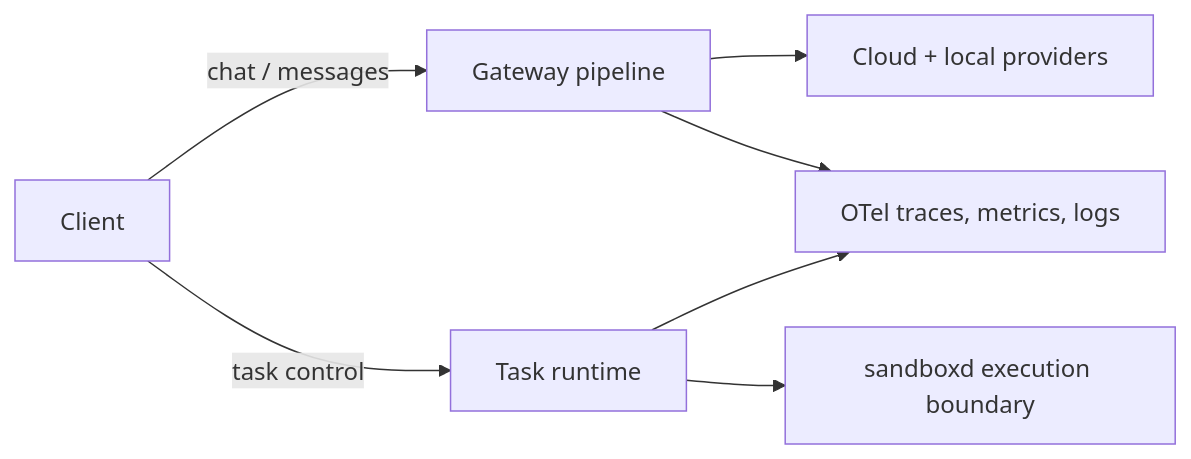
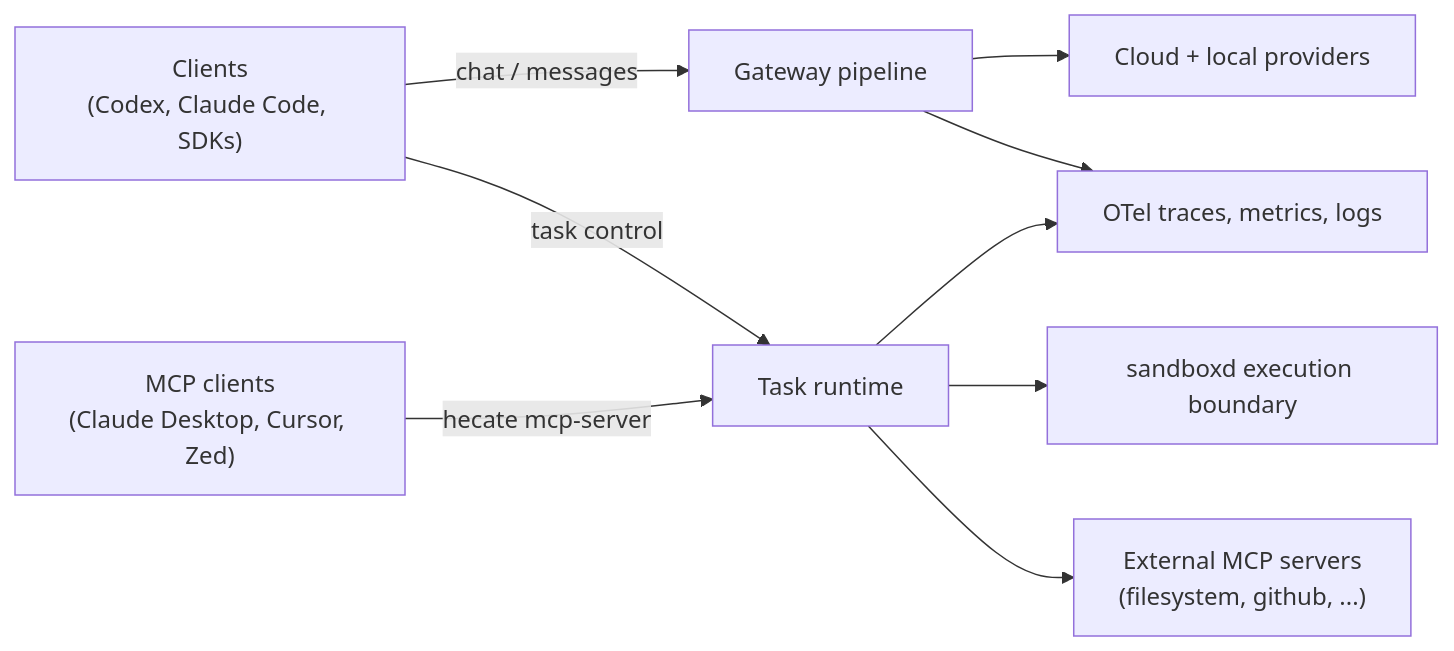
One commit to chicoxyzzy/hecate changed the diagram in README.md. Above: the diagram before and after it, drawn with Mermaid. The commit also changed other lines of this file and 7 other files, not shown here.

Commit message:
docs: add TOCs, canonicalize approval-policy/mcp-servers, update diagrams to show MCP tool dispatch

````diff
--- a/README.md
+++ b/README.md
@@ -62,10 +76,12 @@
 ```mermaid
 flowchart LR
-    Client["Client"]
+    Client["Clients<br/>(Codex, Claude Code, SDKs)"]
     Client -->|"chat / messages"| Gateway["Gateway pipeline"]
     Client -->|"task control"| Runtime["Task runtime"]
     Gateway --> Providers["Cloud + local providers"]
     Runtime --> Sandbox["sandboxd execution boundary"]
+    Runtime --> MCP["External MCP servers<br/>(filesystem, github, ...)"]
+    MCPClients["MCP clients<br/>(Claude Desktop, Cursor, Zed)"] -->|"hecate mcp-server"| Runtime
     Gateway --> Telemetry["OTel traces, metrics, logs"]
     Runtime --> Telemetry
 ```
````
